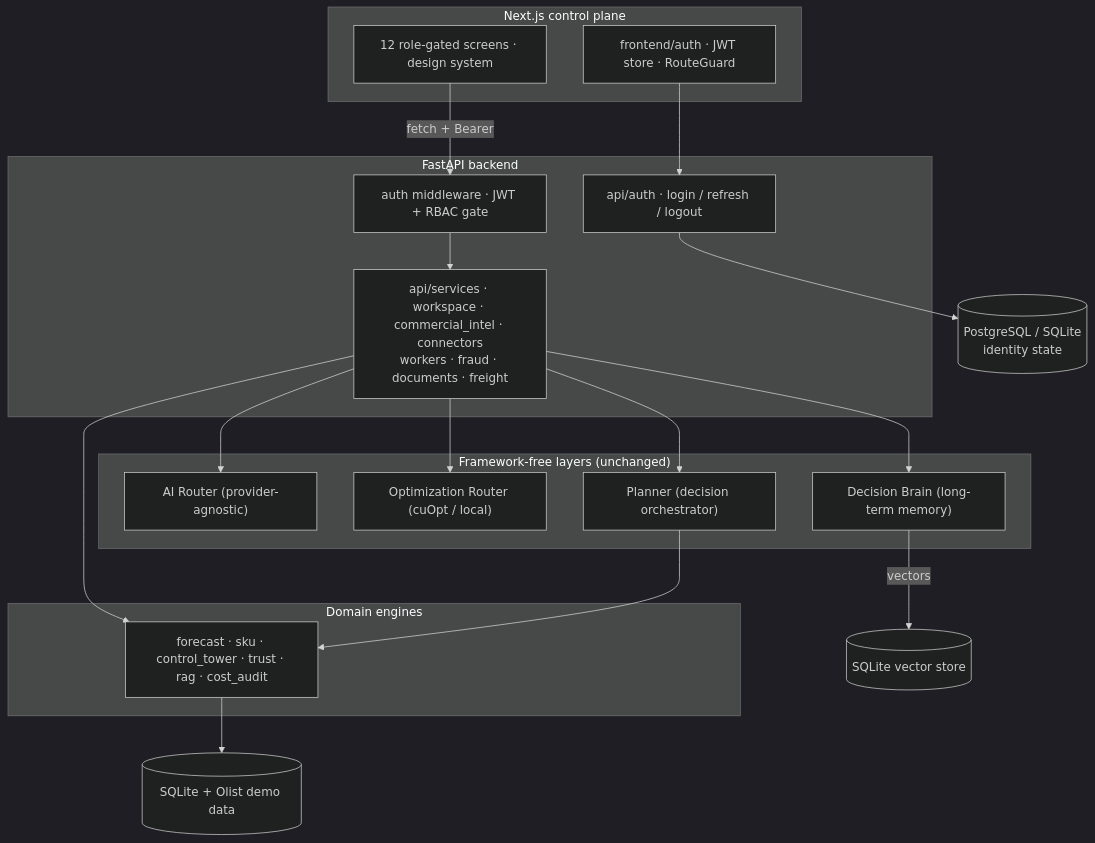
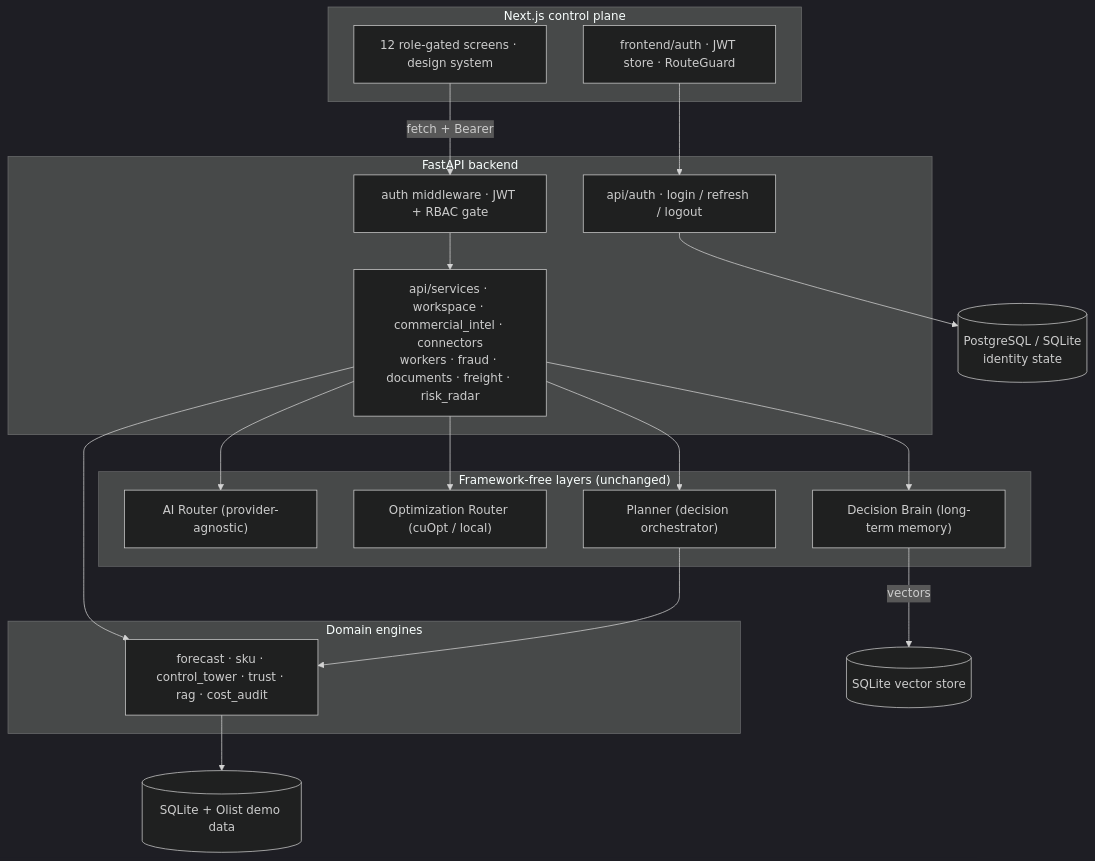
The first of 3 diagrams in README.md (Kisharky/SupChainMate), drawn with Mermaid (dark theme) before and after one commit. The commit also changed other lines of this file and 2 other files, not shown here.

Commit message:
docs: document Disruption & Risk Radar
- README: add risk_radar to the architecture diagram and repo tree.
- DEMO.md: add scenario J (Risk Radar — index, layers, flat/globe, convergence).
- CHANGELOG: record the Disruption & Risk Radar (convergence + index + layers +
  dual map engine).

Claude-Session: https://claude.ai/code/session_01FcZFiLSWXV6nXZRfZjFH21

````diff
--- a/README.md
+++ b/README.md
@@ -80,29 +80,29 @@
 ```mermaid
 flowchart TB
     subgraph Client["Next.js control plane"]
         UI["12 role-gated screens · design system"]
         AUTHFE["frontend/auth · JWT store · RouteGuard"]
     end
     subgraph API["FastAPI backend"]
         GATE["auth middleware · JWT + RBAC gate"]
         AUTH["api/auth · login / refresh / logout"]
-        SVC["api/services · workspace · commercial_intel · connectors<br/>workers · fraud · documents · freight"]
+        SVC["api/services · workspace · commercial_intel · connectors<br/>workers · fraud · documents · freight · risk_radar"]
     end
     subgraph Intelligence["Framework-free layers (unchanged)"]
         AIR["AI Router (provider-agnostic)"]
         OPT["Optimization Router (cuOpt / local)"]
         PLN["Planner (decision orchestrator)"]
         BRN["Decision Brain (long-term memory)"]
     end
     subgraph Domain["Domain engines"]
         ENG["forecast · sku · control_tower · trust · rag · cost_audit"]
     end
     UI -->|"fetch + Bearer"| GATE
     AUTHFE --> AUTH
     GATE --> SVC --> ENG
     SVC --> AIR & OPT & PLN & BRN
     PLN --> ENG
     BRN -->|vectors| STORE[("SQLite vector store")]
     AUTH --> IDDB[("PostgreSQL / SQLite<br/>identity state")]
     ENG --> DEMO[("SQLite + Olist demo data")]
 ```
````
